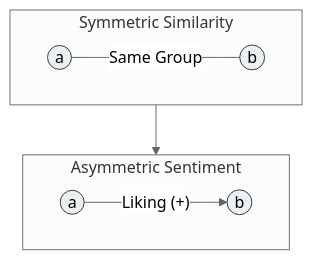
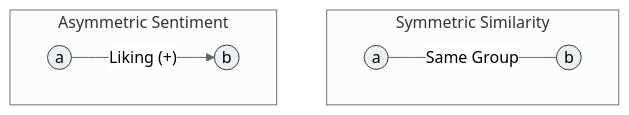
The third of 21 diagrams in slides/balance-signed-graphs.qmd (olizardo/networks-textbook), drawn with Mermaid (neutral theme) before and after one commit. The commit also changed other lines of this file, not shown here.

````diff
--- a/slides/balance-signed-graphs.qmd
+++ b/slides/balance-signed-graphs.qmd
@@ -98,17 +94,14 @@
 ```{mermaid}
-%%| fig-width: 5
-%%| fig-height: 5
 graph TD
   subgraph Similarity [Symmetric Similarity]
     A1((a)) ---|Same Group| B1((b))
   end
   subgraph Sentiment [Asymmetric Sentiment]
     A2((a)) -- "Liking (+)" --> B2((b))
   end
-  Similarity --> Sentiment
   
   style A1 fill:#ecf0f1,stroke:#2c3e50
   style B1 fill:#ecf0f1,stroke:#2c3e50
   style A2 fill:#ecf0f1,stroke:#2c3e50
   style B2 fill:#ecf0f1,stroke:#2c3e50
 ```
````
